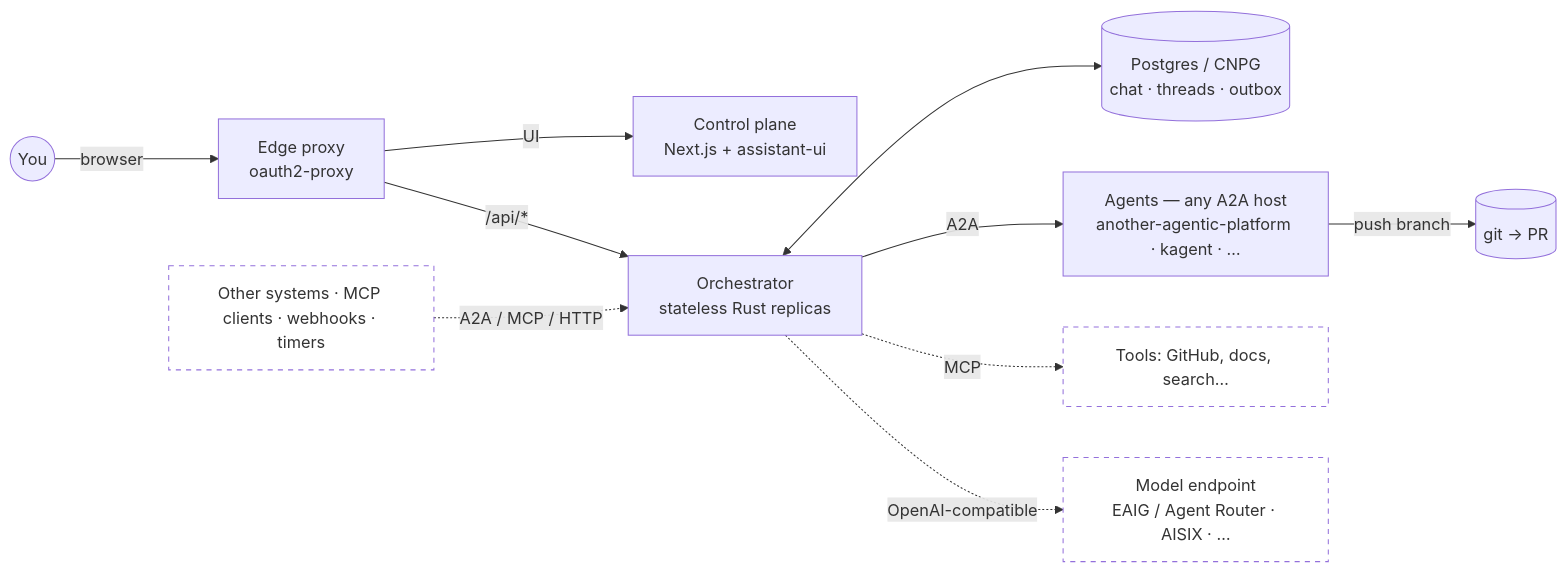
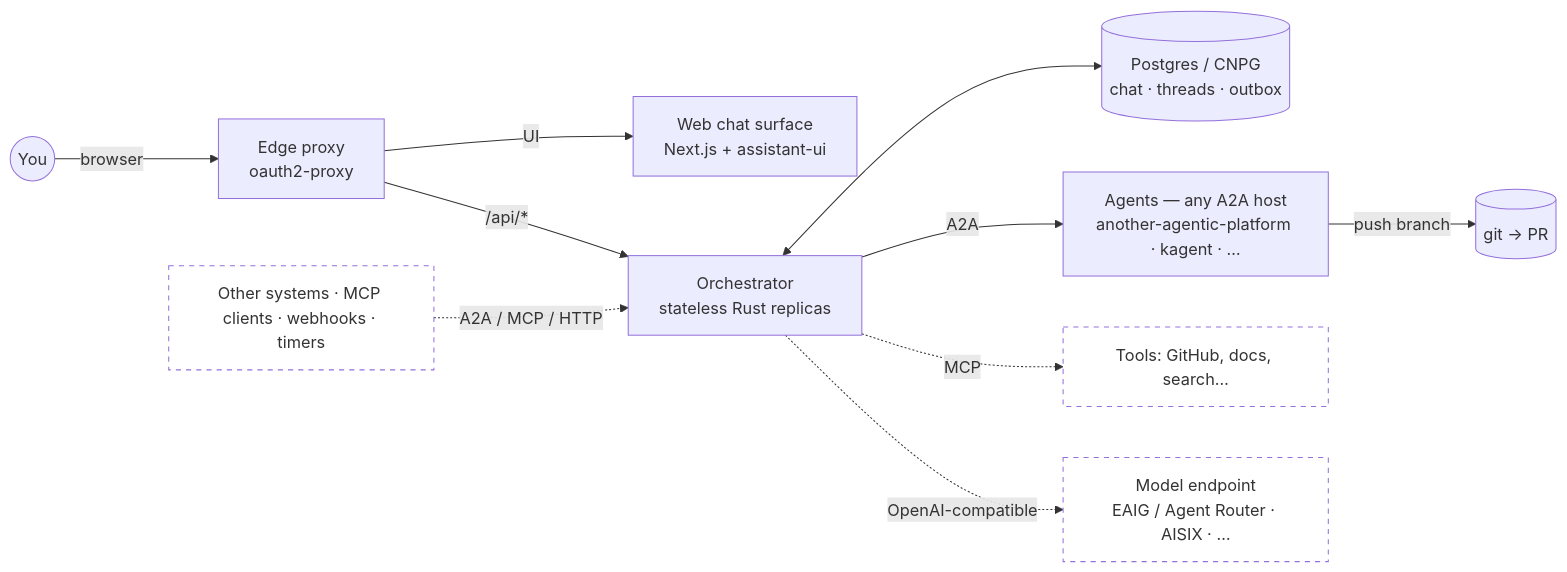
The diagram in README.md (vymalo/another-agentic-system), drawn with Mermaid before and after one commit. The commit also changed 1 other file, not shown here.

Commit message:
docs: call the Next.js app the web chat surface
"Control plane" now names the orchestrator role that serves the surfaces,
as the owner decided on 2026-09-29; the chat UI is the web chat surface.

Claude-Session: https://claude.ai/code/session_01LvSwLecV9s4iZdbQ9HeBEJ

````diff
--- a/README.md
+++ b/README.md
@@ -21,13 +21,13 @@
 ```mermaid
 flowchart LR
   you((You)) -- browser --> edge[Edge proxy<br/>oauth2-proxy]
-  edge -- UI --> cp[Control plane<br/>Next.js + assistant-ui]
+  edge -- UI --> cp[Web chat surface<br/>Next.js + assistant-ui]
   edge -- "/api/*" --> orch[Orchestrator<br/>stateless Rust replicas]
   orch <--> db[(Postgres / CNPG<br/>chat · threads · outbox)]
   orch -- A2A --> agents[Agents — any A2A host<br/>another-agentic-platform · kagent · …]
   agents -- push branch --> git[(git → PR)]
   ext[Other systems · MCP clients · webhooks · timers]:::planned -. A2A / MCP / HTTP .-> orch
   orch -. MCP .-> tools[Tools: GitHub, docs, search…]:::planned
   orch -. OpenAI-compatible .-> gw[Model endpoint<br/>EAIG / Agent Router · AISIX · …]:::planned
   classDef planned stroke-dasharray: 5 5,fill:none
 ```
````
